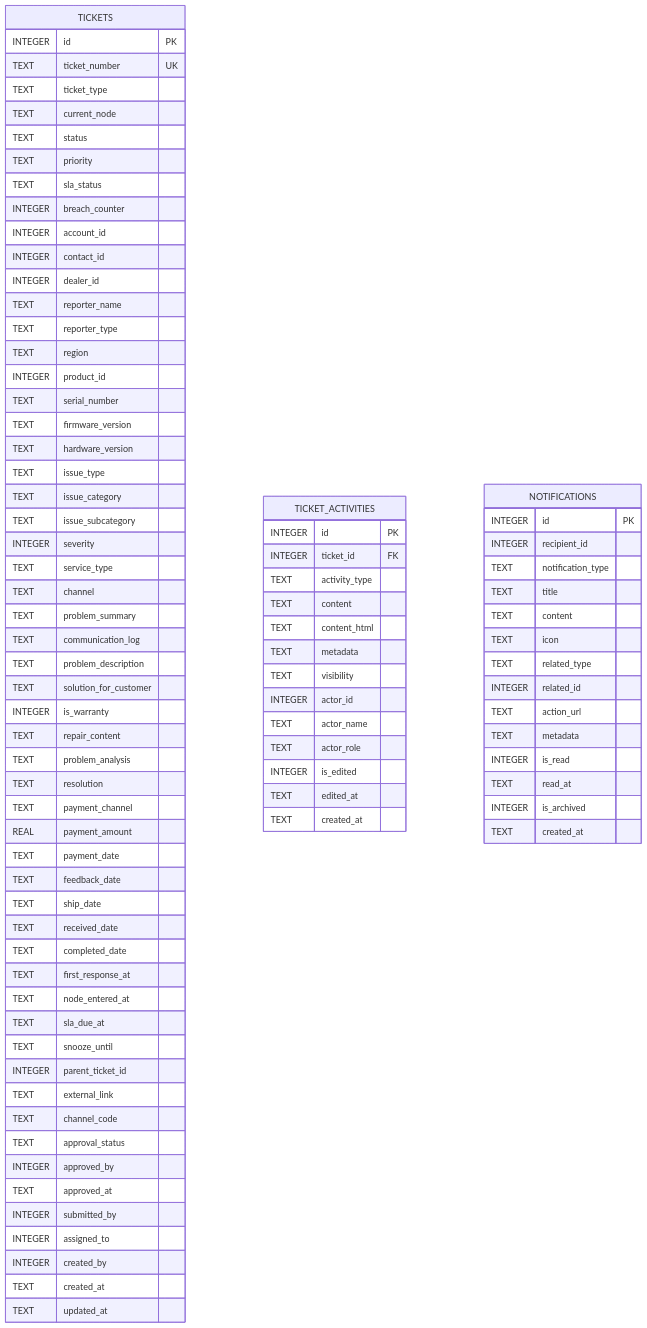
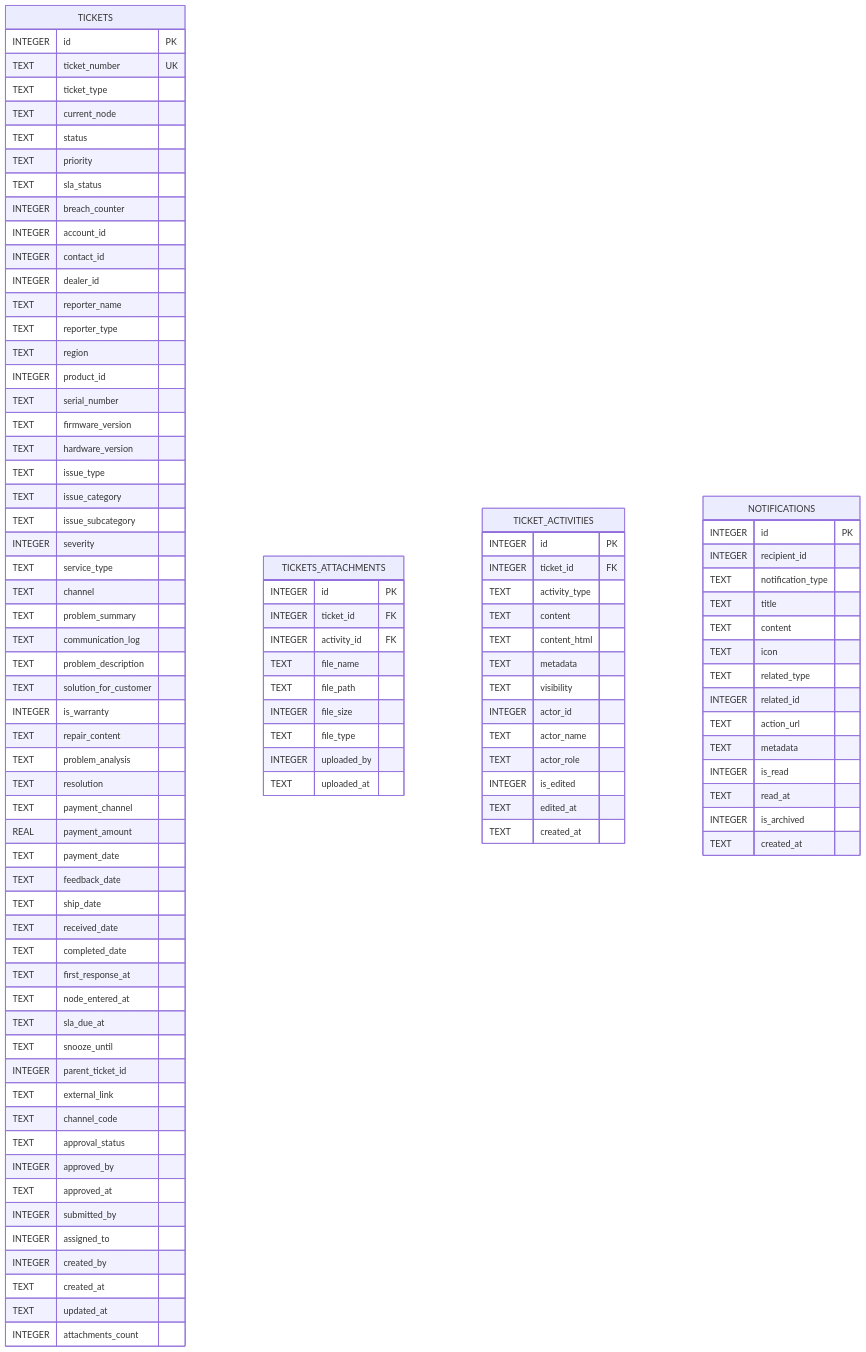
Before and after one commit to CubeEdge/Longhorn: the second of 27 diagrams in .qoder/repowiki/zh/content/三层工单模型/三层工单模型.md, drawn with Mermaid. The commit also changed other lines of this file and 118 other files, not shown here.

```diff
--- a/.qoder/repowiki/zh/content/三层工单模型/三层工单模型.md
+++ b/.qoder/repowiki/zh/content/三层工单模型/三层工单模型.md
@@ -174,6 +184,18 @@
 INTEGER created_by
 TEXT created_at
 TEXT updated_at
+INTEGER attachments_count
+}
+TICKETS_ATTACHMENTS {
+INTEGER id PK
+INTEGER ticket_id FK
+INTEGER activity_id FK
+TEXT file_name
+TEXT file_path
+INTEGER file_size
+TEXT file_type
+INTEGER uploaded_by
+TEXT uploaded_at
 }
 TICKET_ACTIVITIES {
 INTEGER id PK
```
